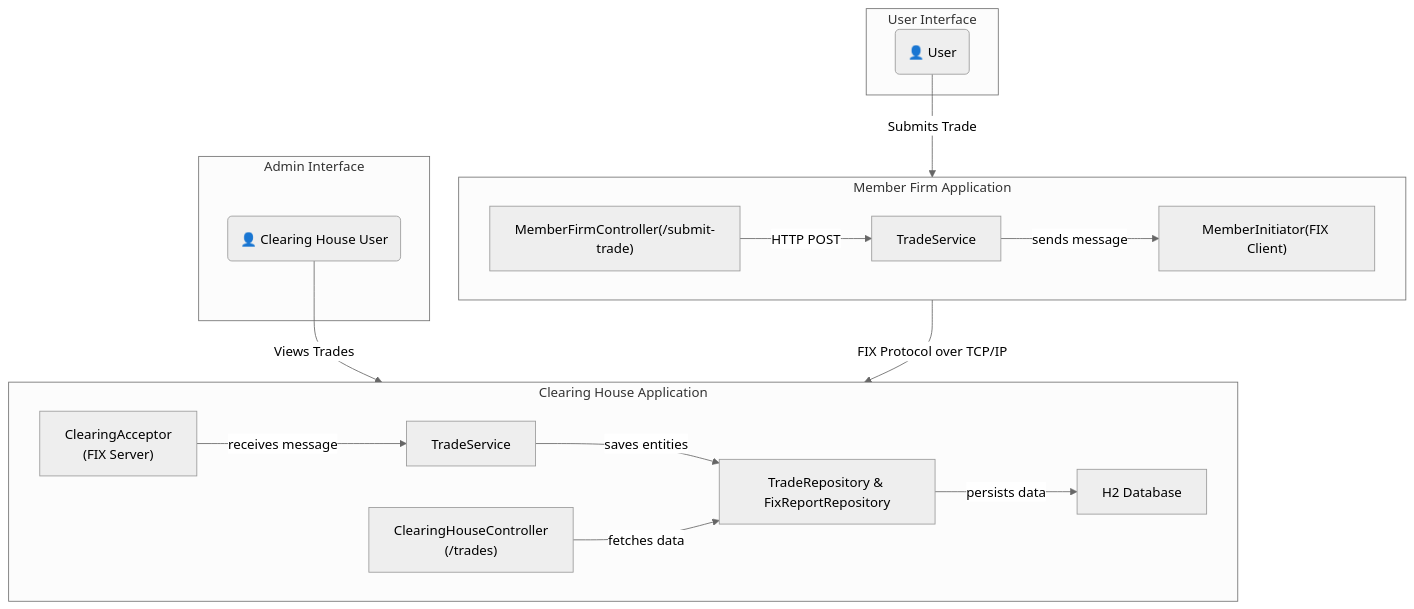
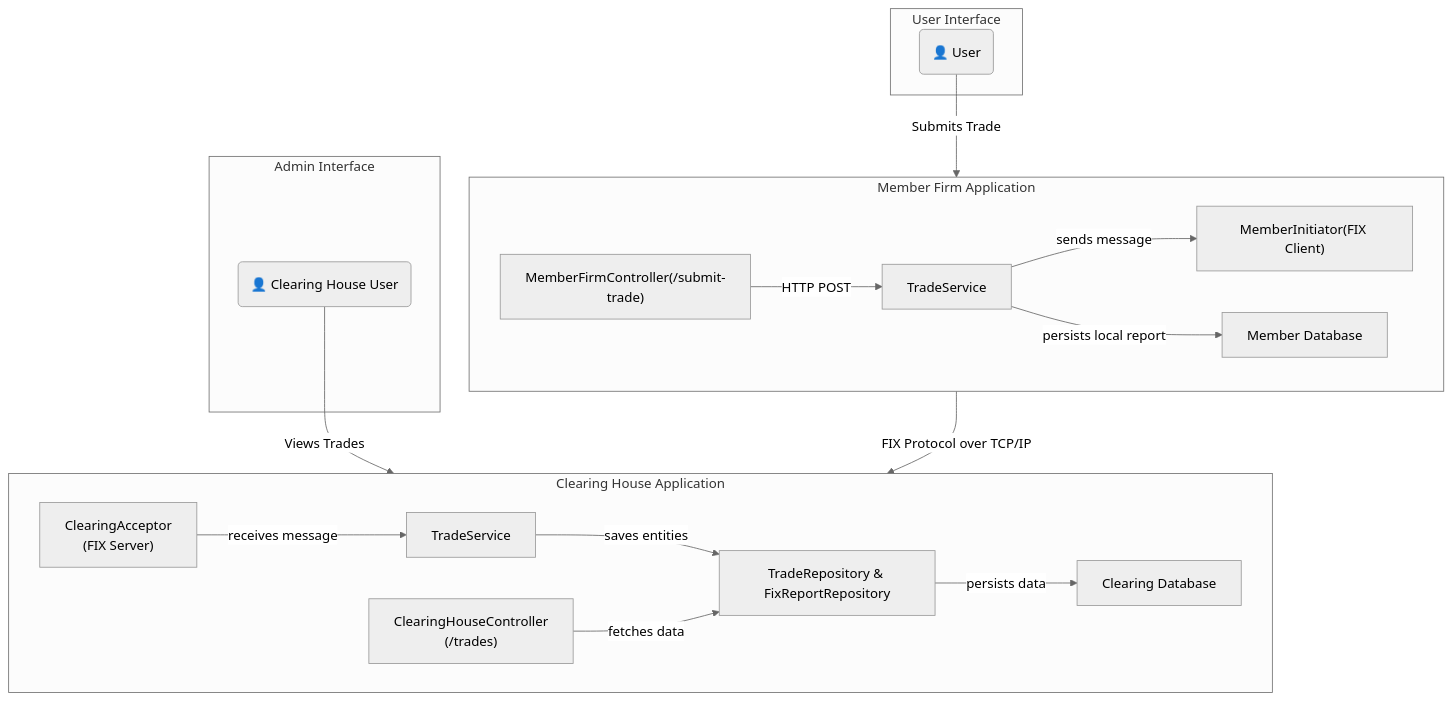
The second of 2 diagrams in README.md (rex-sheridan/clearing-java-fix), drawn with Mermaid (neutral theme) before and after one commit. The commit also changed 5 other files, not shown here.

````diff
--- a/README.md
+++ b/README.md
@@ -33,39 +33,40 @@
 ```mermaid
 graph TD
     subgraph "User Interface"
         User("👤 User")
     end
 
     subgraph "Member Firm Application"
         direction LR
         A["MemberFirmController(/submit-trade)"]
         B[TradeService]
         C["MemberInitiator(FIX Client)"]
+        D[Member Database]
         
         A -- HTTP POST --> B;
         B -- sends message --> C;
+        B -- persists local report --> D;
     end
     
     subgraph "Clearing House Application"
         direction LR
         E["ClearingAcceptor<br>(FIX Server)"]
         F[TradeService]
         G[TradeRepository & FixReportRepository]
-        H[H2 Database]
+        H[Clearing Database]
         I["ClearingHouseController<br>(/trades)"]
         
         E -- receives message --> F;
         F -- saves entities --> G;
         G -- persists data --> H;
         I -- fetches data --> G;
     end
 
     subgraph "Admin Interface"
         Admin("👤 Clearing House User")
     end
 
     User -- Submits Trade --> A;
     C -- FIX Protocol over TCP/IP --> E;
     Admin -- Views Trades --> I;
-
 ```
````
